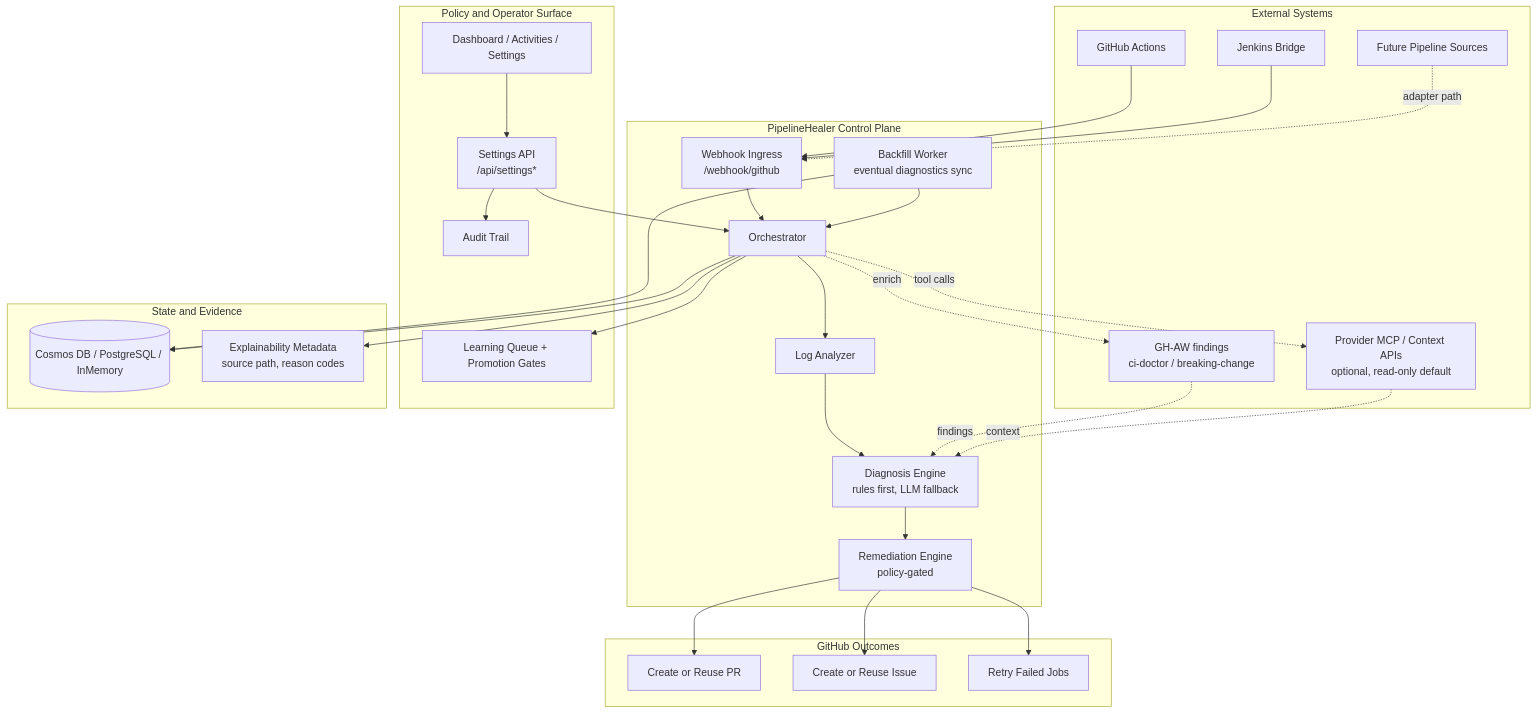
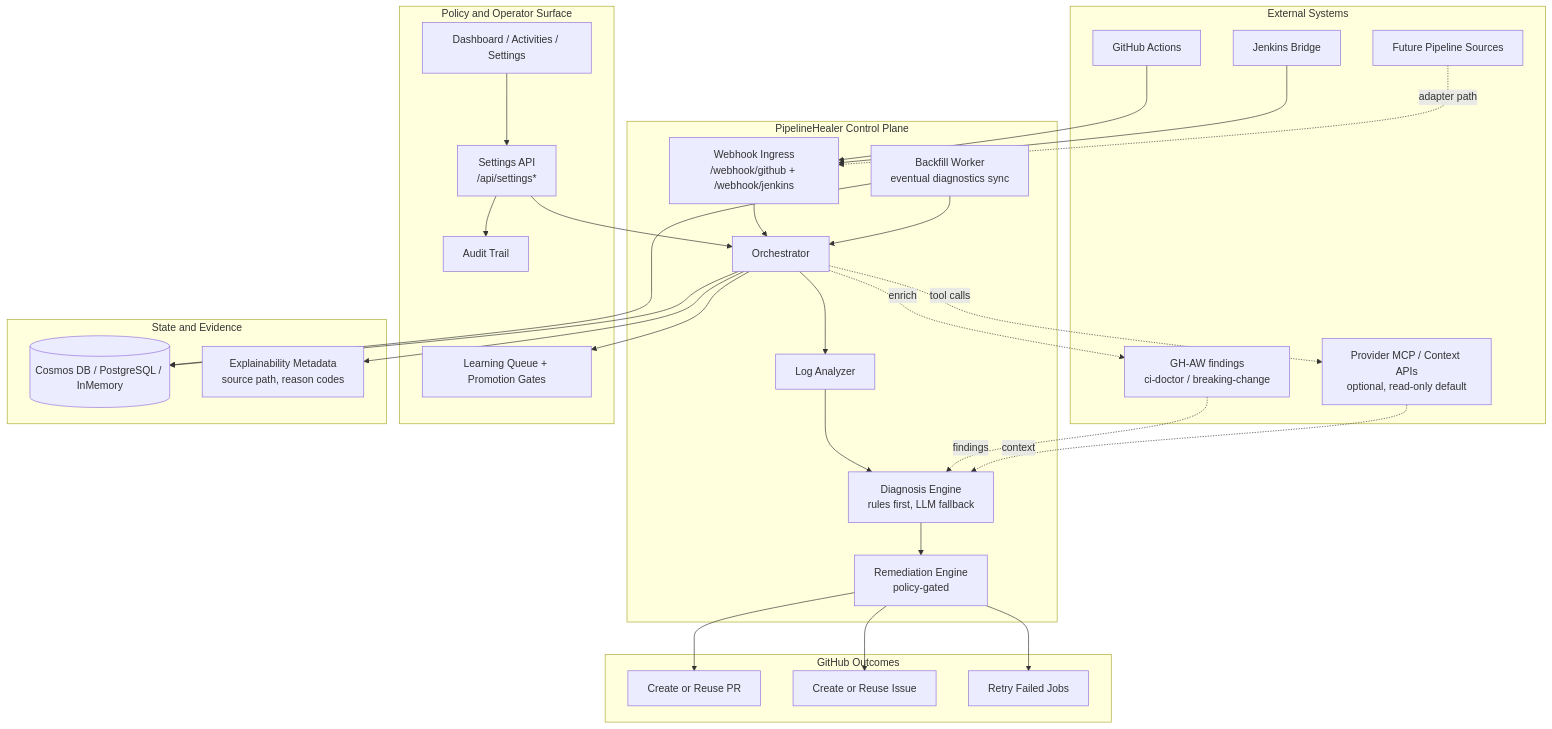
One commit to Canepro/pipelinehealer changed the first of 2 diagrams in README.md. Above: the diagram before and after it, drawn with Mermaid. The commit also changed other lines of this file and 2 other files, not shown here.

Commit message:
Address v0.4.0 docs PR review comments

````diff
--- a/README.md
+++ b/README.md
@@ -198,58 +198,58 @@
 ```mermaid
 flowchart TB
   subgraph EXT["External Systems"]
     GH["GitHub Actions"]
     JN["Jenkins Bridge"]
     GHAW["GH-AW findings<br/>ci-doctor / breaking-change"]
     MCP["Provider MCP / Context APIs<br/>optional, read-only default"]
     OTH["Future Pipeline Sources"]
   end
 
   subgraph CTRL["PipelineHealer Control Plane"]
-    WH["Webhook Ingress<br/>/webhook/github"]
+    WH["Webhook Ingress<br/>/webhook/github + /webhook/jenkins"]
     ORCH["Orchestrator"]
     ANA["Log Analyzer"]
     DIA["Diagnosis Engine<br/>rules first, LLM fallback"]
     REM["Remediation Engine<br/>policy-gated"]
     BF["Backfill Worker<br/>eventual diagnostics sync"]
   end
 
   subgraph GOV["Policy and Operator Surface"]
     UI["Dashboard / Activities / Settings"]
     API["Settings API<br/>/api/settings*"]
     AUD["Audit Trail"]
     LRN["Learning Queue + Promotion Gates"]
   end
 
   subgraph DATA["State and Evidence"]
     DB[("Cosmos DB / PostgreSQL / InMemory")]
     EXP["Explainability Metadata<br/>source path, reason codes"]
   end
 
   subgraph OUT["GitHub Outcomes"]
     PR["Create or Reuse PR"]
     IS["Create or Reuse Issue"]
     RR["Retry Failed Jobs"]
   end
 
   GH --> WH --> ORCH
   JN --> WH
   OTH -. adapter path .-> WH
   ORCH --> ANA --> DIA --> REM
   REM --> PR
   REM --> IS
   REM --> RR
 
   ORCH -. enrich .-> GHAW
   GHAW -. findings .-> DIA
   ORCH -. tool calls .-> MCP
   MCP -. context .-> DIA
 
   UI --> API --> ORCH
   API --> AUD
   ORCH --> LRN
   BF --> ORCH
   BF --> DB
   ORCH --> DB
   ORCH --> EXP
 ```
````
